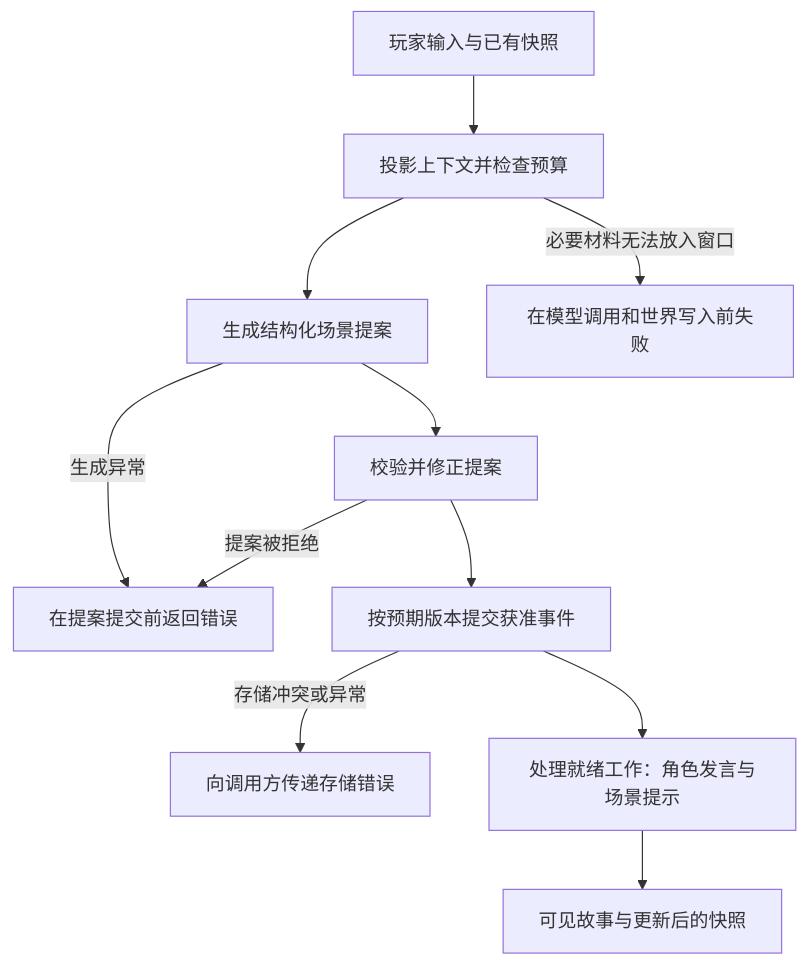
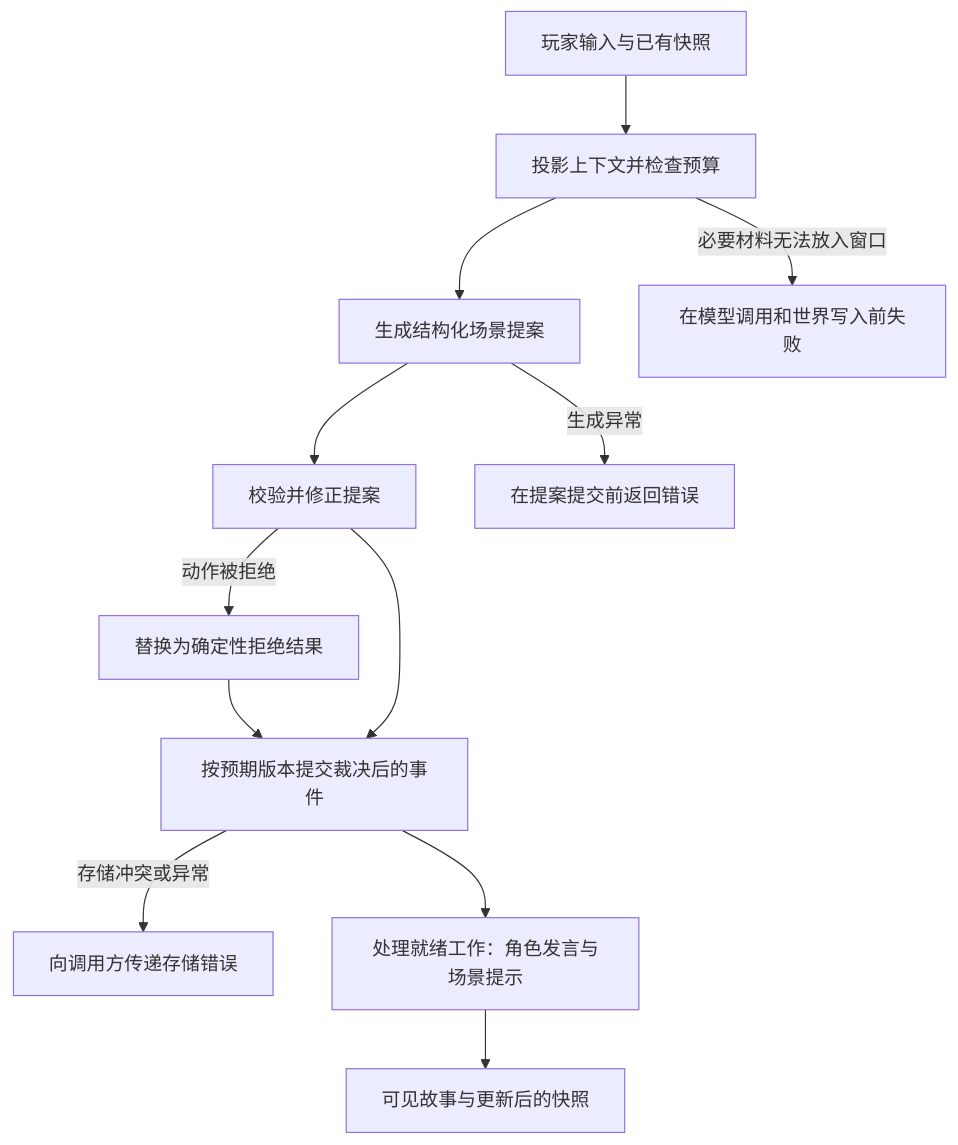
Before and after one commit to storyloop0/storyloop-harness: the second of 3 diagrams in README.md, drawn with Mermaid. The commit also changed other lines of this file and 3 other files, not shown here.

````diff
--- a/README.md
+++ b/README.md
@@ -29,13 +29,14 @@
 ```mermaid
 flowchart TD
     Input[玩家输入与已有快照] --> Project[投影上下文并检查预算]
     Project --> Generate[生成结构化场景提案]
     Project -->|必要材料无法放入窗口| Fail[在模型调用和世界写入前失败]
     Generate --> Validate[校验并修正提案]
     Generate -->|生成异常| Stop[在提案提交前返回错误]
-    Validate -->|提案被拒绝| Stop
-    Validate --> Commit[按预期版本提交获准事件]
+    Validate -->|动作被拒绝| Rejected[替换为确定性拒绝结果]
+    Rejected --> Commit
+    Validate --> Commit[按预期版本提交裁决后的事件]
     Commit -->|存储冲突或异常| StoreError[向调用方传递存储错误]
     Commit --> Work[处理就绪工作：角色发言与场景提示]
     Work --> Output[可见故事与更新后的快照]
 ```
````
